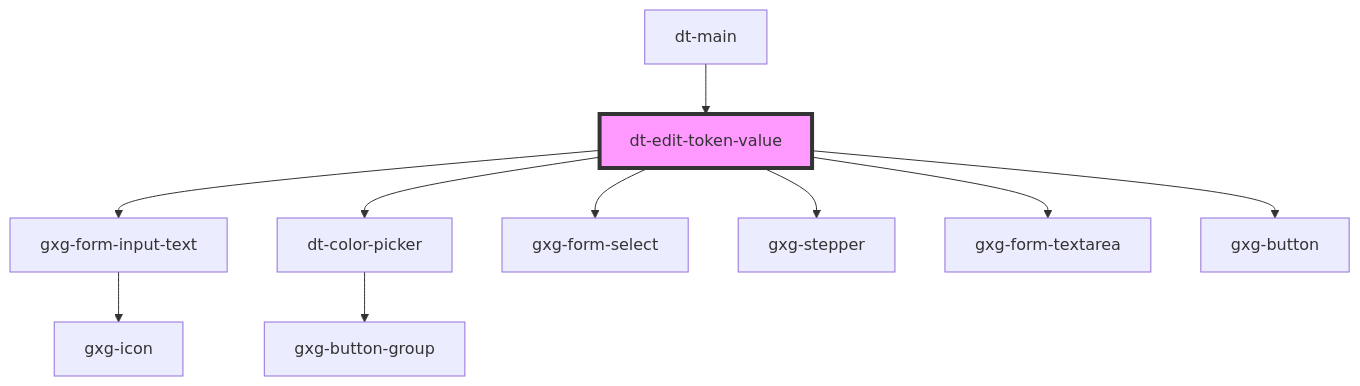
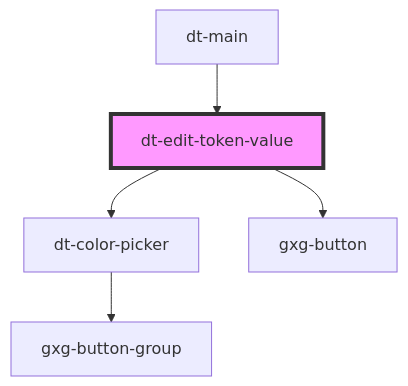
The diagram in src/components/edit-token-value/readme.md (genexuslabs/design-tokens-editor), drawn with Mermaid before and after one commit. The commit also changed other lines of this file and 6 other files, not shown here.

````diff
--- a/src/components/edit-token-value/readme.md
+++ b/src/components/edit-token-value/readme.md
@@ -42,13 +38,8 @@
 ```mermaid
 graph TD;
-  dt-edit-token-value --> gxg-form-input-text
   dt-edit-token-value --> dt-color-picker
-  dt-edit-token-value --> gxg-form-select
-  dt-edit-token-value --> gxg-stepper
-  dt-edit-token-value --> gxg-form-textarea
   dt-edit-token-value --> gxg-button
-  gxg-form-input-text --> gxg-icon
   dt-color-picker --> gxg-button-group
   dt-main --> dt-edit-token-value
   style dt-edit-token-value fill:#f9f,stroke:#333,stroke-width:4px
 ```
````
